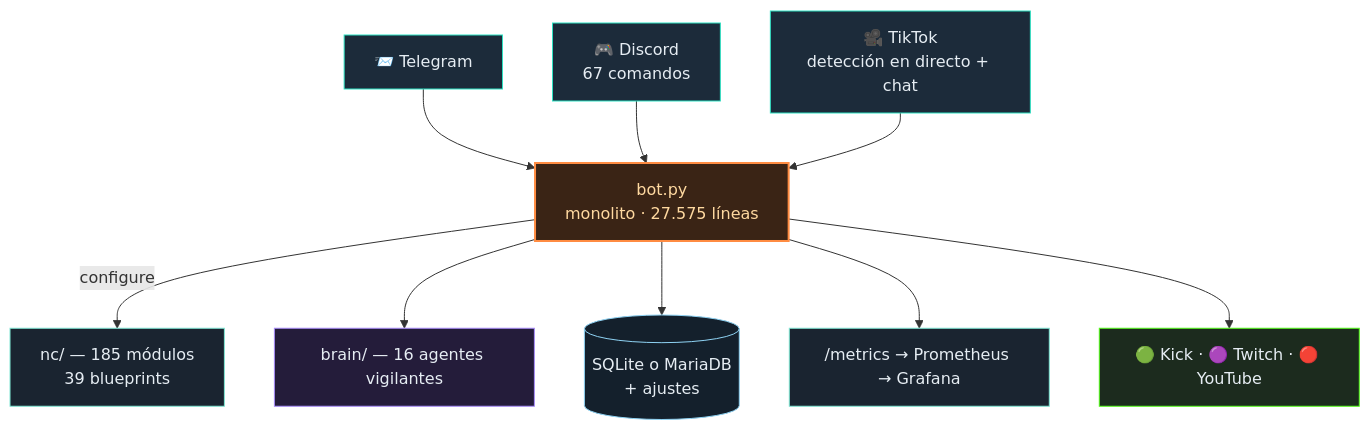
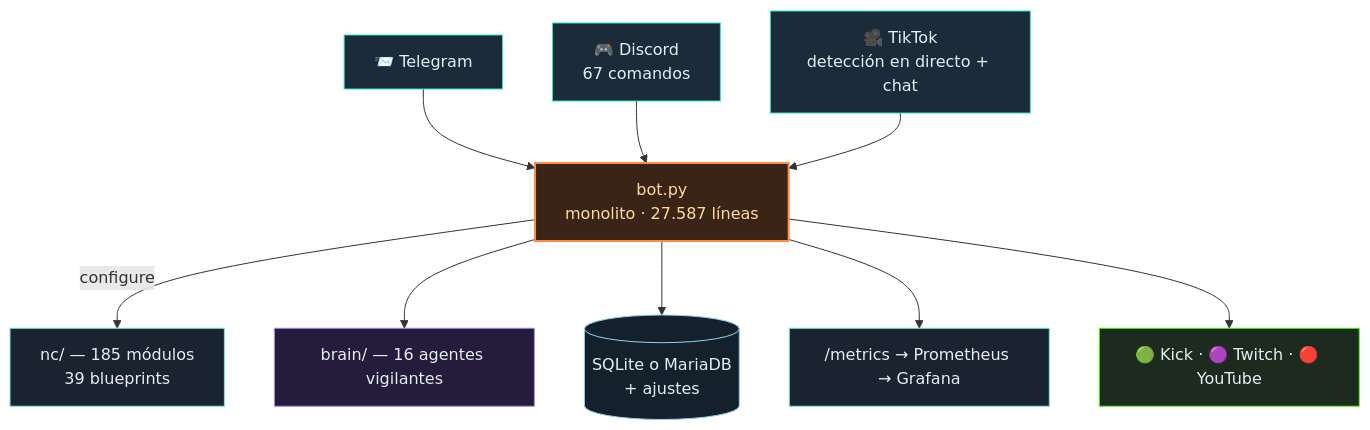
Before and after one commit to itsamemedev/Telegram-Stream-Info-Bot: the diagram in README.es.md, drawn with Mermaid. The commit also changed other lines of this file and 18 other files, not shown here.

````diff
--- a/README.es.md
+++ b/README.es.md
@@ -64,18 +64,18 @@
 ```mermaid
 flowchart TB
     TG["📨 Telegram"]:::ein --> BOT
     DC["🎮 Discord<br/>67 comandos"]:::ein --> BOT
     TT["🎥 TikTok<br/>detección en directo + chat"]:::ein --> BOT
-    BOT["bot.py<br/>monolito · 27.575 líneas"]:::core
+    BOT["bot.py<br/>monolito · 27.587 líneas"]:::core
     BOT -->|configure| NC["nc/ — 185 módulos<br/>39 blueprints"]:::lib
     BOT --> BRAIN["brain/ — 16 agentes vigilantes"]:::brain
     BOT --> DB[("SQLite o MariaDB<br/>+ ajustes")]:::db
     BOT --> PROM["/metrics → Prometheus → Grafana"]:::lib
     BOT --> OUT["🟢 Kick · 🟣 Twitch · 🔴 YouTube"]:::out
     classDef ein fill:#1c2b3a,stroke:#2de1c2,color:#e6edf3
     classDef core fill:#3a2415,stroke:#ff8c42,stroke-width:2px,color:#ffd9a0
     classDef lib fill:#1a2430,stroke:#7fe7d4,color:#e6edf3
     classDef brain fill:#241c3a,stroke:#a78bfa,color:#e6edf3
     classDef db fill:#14202c,stroke:#8fd3f4,color:#e6edf3
     classDef out fill:#1c2b1e,stroke:#53fc18,color:#e6edf3
 ```
````
